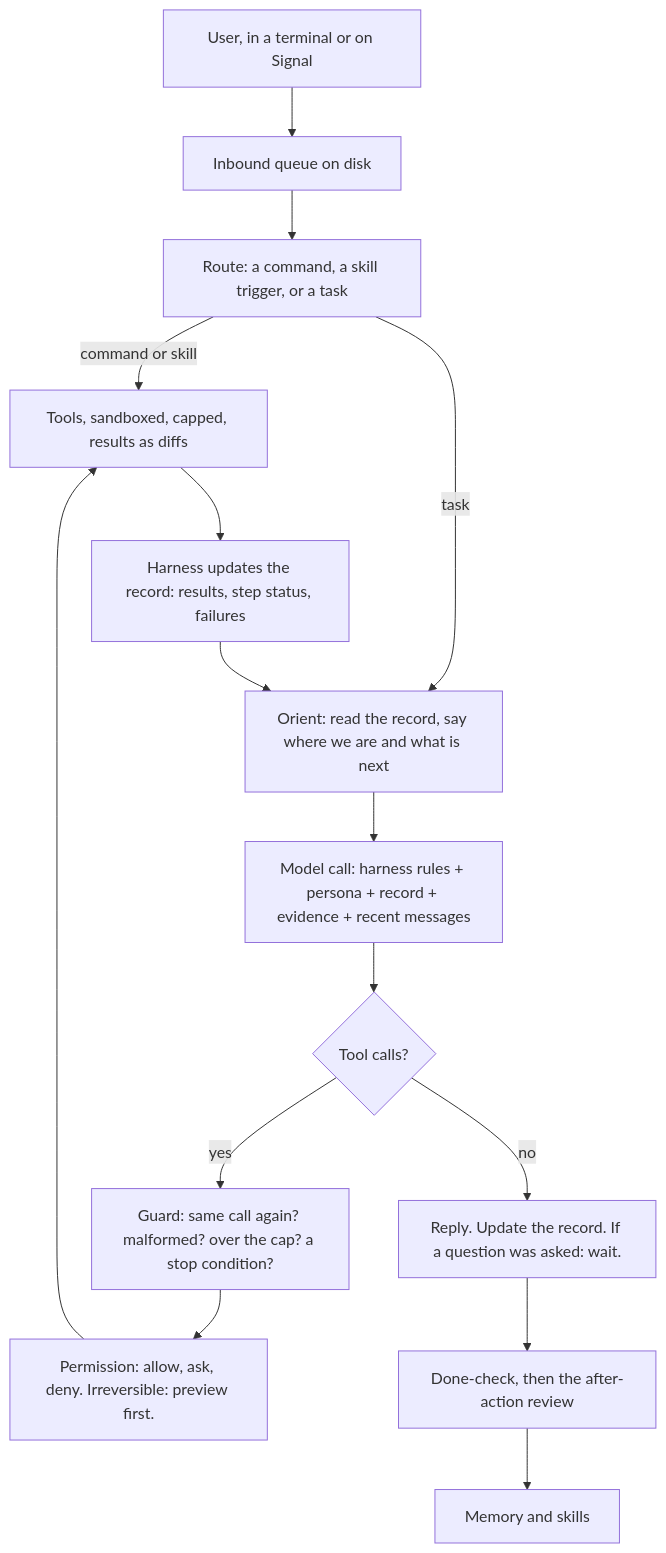
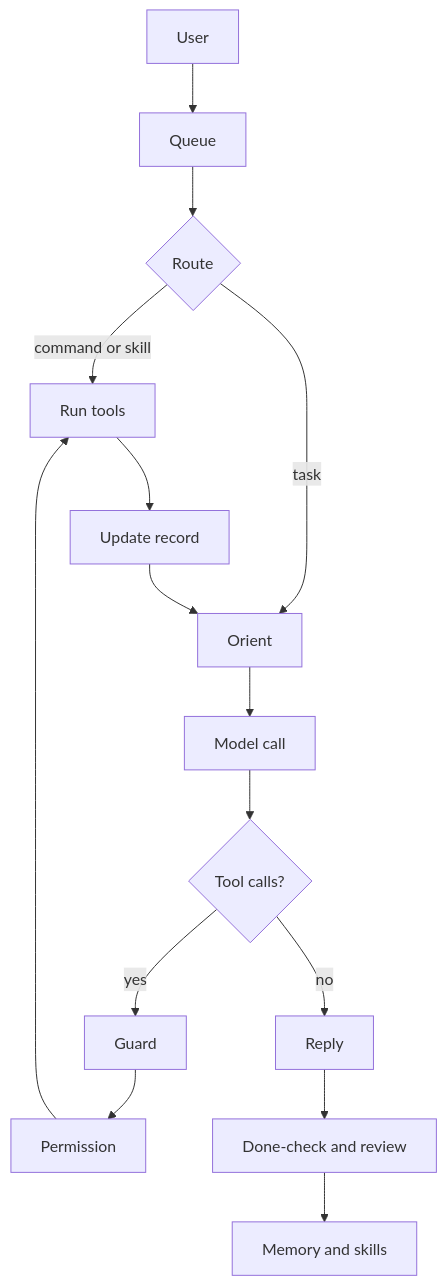
Before and after one commit to JaredTate/nerdgenie: the second of 3 diagrams in docs/COEUS_PLAN.md, drawn with Mermaid. The commit also changed other lines of this file and 4 other files, not shown here.

Commit message:
Rewrite both documents in complete sentences; redraw all ten diagrams with short labels so nothing is clipped

````diff
--- a/docs/COEUS_PLAN.md
+++ b/docs/COEUS_PLAN.md
@@ -68,17 +61,17 @@
 ```mermaid
 flowchart TD
-  U["User, in a terminal or on Signal"] --> Q["Inbound queue on disk"]
-  Q --> R["Route: a command, a skill trigger, or a task"]
-  R -->|"command or skill"| X
-  R -->|"task"| O["Orient: read the record, say where we are and what is next"]
-  O --> M["Model call: harness rules + persona + record + evidence + recent messages"]
+  U["User"] --> Q["Queue"]
+  Q --> R{"Route"}
+  R -->|"command or skill"| X["Run tools"]
+  R -->|"task"| O["Orient"]
+  O --> M["Model call"]
   M --> K{"Tool calls?"}
-  K -->|"no"| F["Reply. Update the record. If a question was asked: wait."]
-  K -->|"yes"| G["Guard: same call again? malformed? over the cap? a stop condition?"]
-  G --> P["Permission: allow, ask, deny. Irreversible: preview first."]
-  P --> X["Tools, sandboxed, capped, results as diffs"]
-  X --> S["Harness updates the record: results, step status, failures"]
+  K -->|"yes"| G["Guard"]
+  G --> P["Permission"]
+  P --> X
+  X --> S["Update record"]
   S --> O
-  F --> A["Done-check, then the after-action review"]
+  K -->|"no"| F["Reply"]
+  F --> A["Done-check and review"]
   A --> ME["Memory and skills"]
 ```
````
